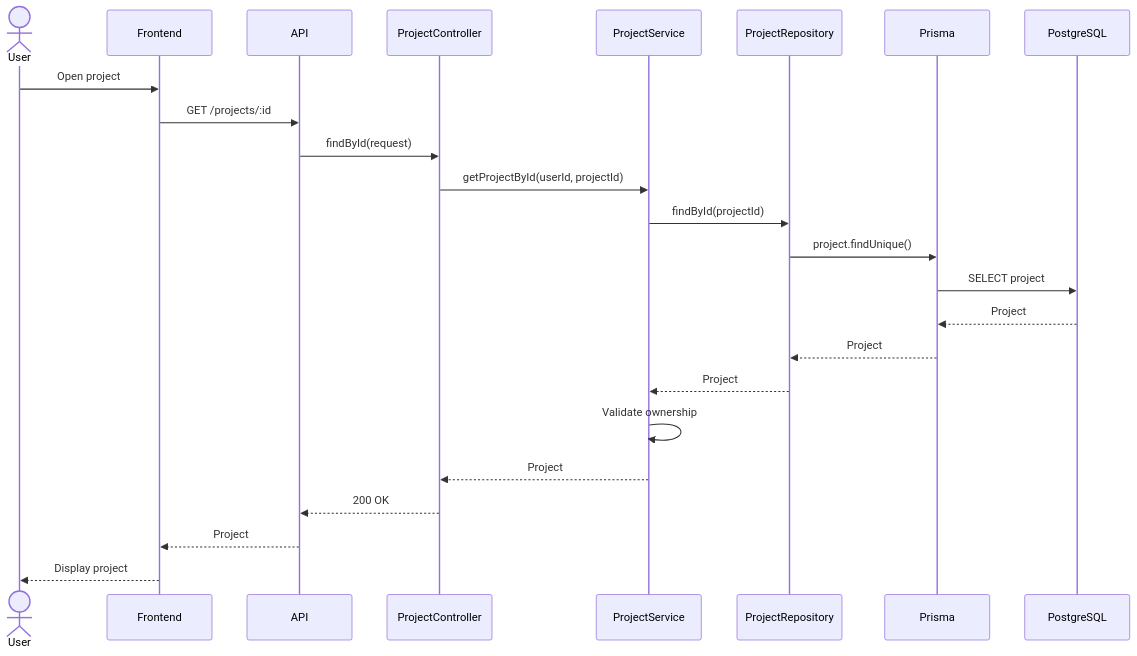
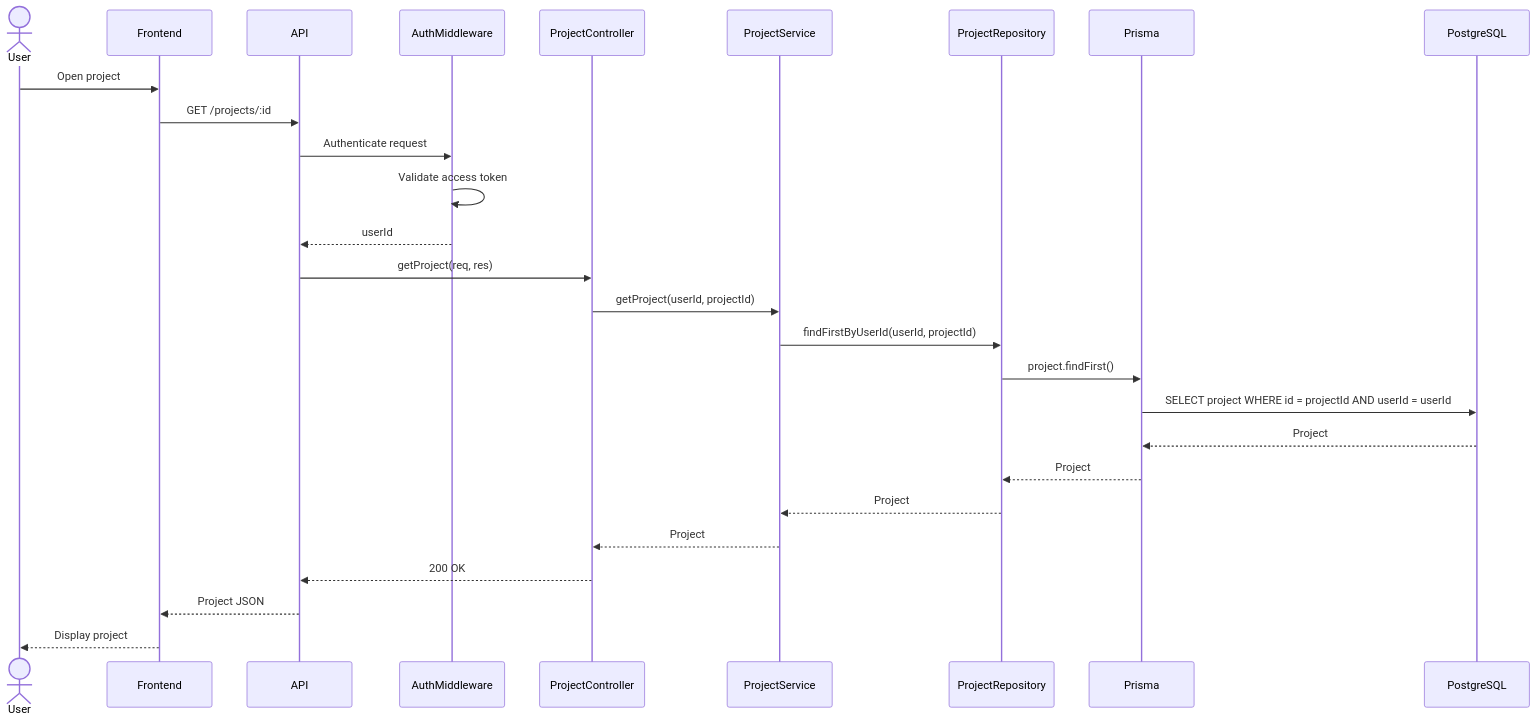
The second of 2 diagrams in docs/diagrams/sequence-diagrams/project/get.md (davihenriquedev1/prodixus), drawn with Mermaid before and after one commit. The commit also changed other lines of this file and 3 other files, not shown here.

Commit message:
docs(project): update project crud sequence diagrams

````diff
--- a/docs/diagrams/sequence-diagrams/project/get.md
+++ b/docs/diagrams/sequence-diagrams/project/get.md
@@ -55,49 +39,31 @@
 ```mermaid
 sequenceDiagram
-
     actor User
-
     participant Frontend
-
     participant API
-
+    participant AuthMiddleware
     participant ProjectController
-
     participant ProjectService
-
     participant ProjectRepository
-
     participant Prisma
-
     participant PostgreSQL
 
     User->>Frontend: Open project
+    Frontend->>API: GET /projects/:id
+    API->>AuthMiddleware: Authenticate request
+    AuthMiddleware->>AuthMiddleware: Validate access token
+    AuthMiddleware-->>API: userId
 
-    Frontend->>API: GET /projects/:id
-
-    API->>ProjectController: findById(request)
-
-    ProjectController->>ProjectService: getProjectById(userId, projectId)
-
-    ProjectService->>ProjectRepository: findById(projectId)
-
-    ProjectRepository->>Prisma: project.findUnique()
-
-    Prisma->>PostgreSQL: SELECT project
-
+    API->>ProjectController: getProject(req, res)
+    ProjectController->>ProjectService: getProject(userId, projectId)
+    ProjectService->>ProjectRepository: findFirstByUserId(userId, projectId)
+    ProjectRepository->>Prisma: project.findFirst()
+    Prisma->>PostgreSQL: SELECT project WHERE id = projectId AND userId = userId
     PostgreSQL-->>Prisma: Project
-
     Prisma-->>ProjectRepository: Project
-
     ProjectRepository-->>ProjectService: Project
-
-    ProjectService->>ProjectService: Validate ownership
-
     ProjectService-->>ProjectController: Project
-
     ProjectController-->>API: 200 OK
-
-    API-->>Frontend: Project
-
+    API-->>Frontend: Project JSON
     Frontend-->>User: Display project
 ```
````
